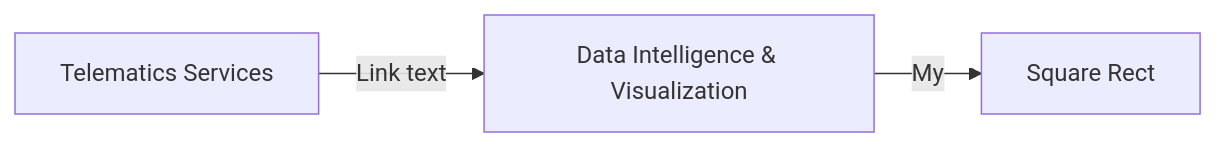
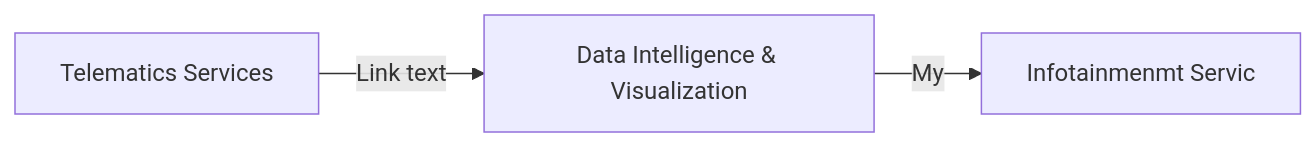
One commit to ParisaMousavi/AutomotiveFunctionalSafetyCompliance changed the diagram in README.md. Above: the diagram before and after it, drawn with Mermaid. The commit also changed other lines of this file, not shown here.

Commit message:
Uploaded by https://stackedit.io/

````diff
--- a/README.md
+++ b/README.md
@@ -4,5 +4,5 @@
 ```mermaid
 graph LR
 A[Telematics Services] -- Link text --> B[Data Intelligence & Visualization]
-B -- My --> C[Square Rect]
+B -- My --> C[Infotainmenmt Servic]
 ```
````
